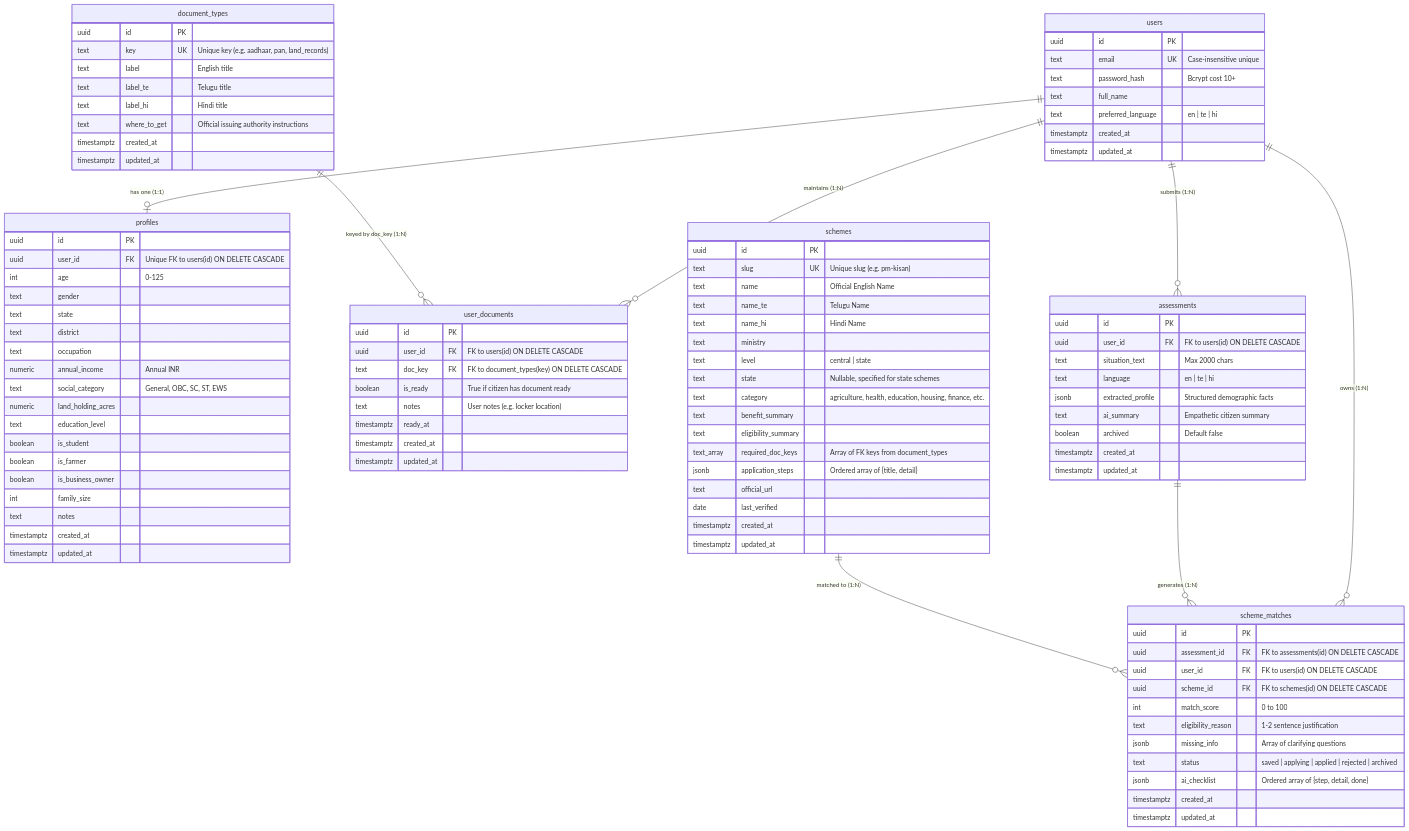
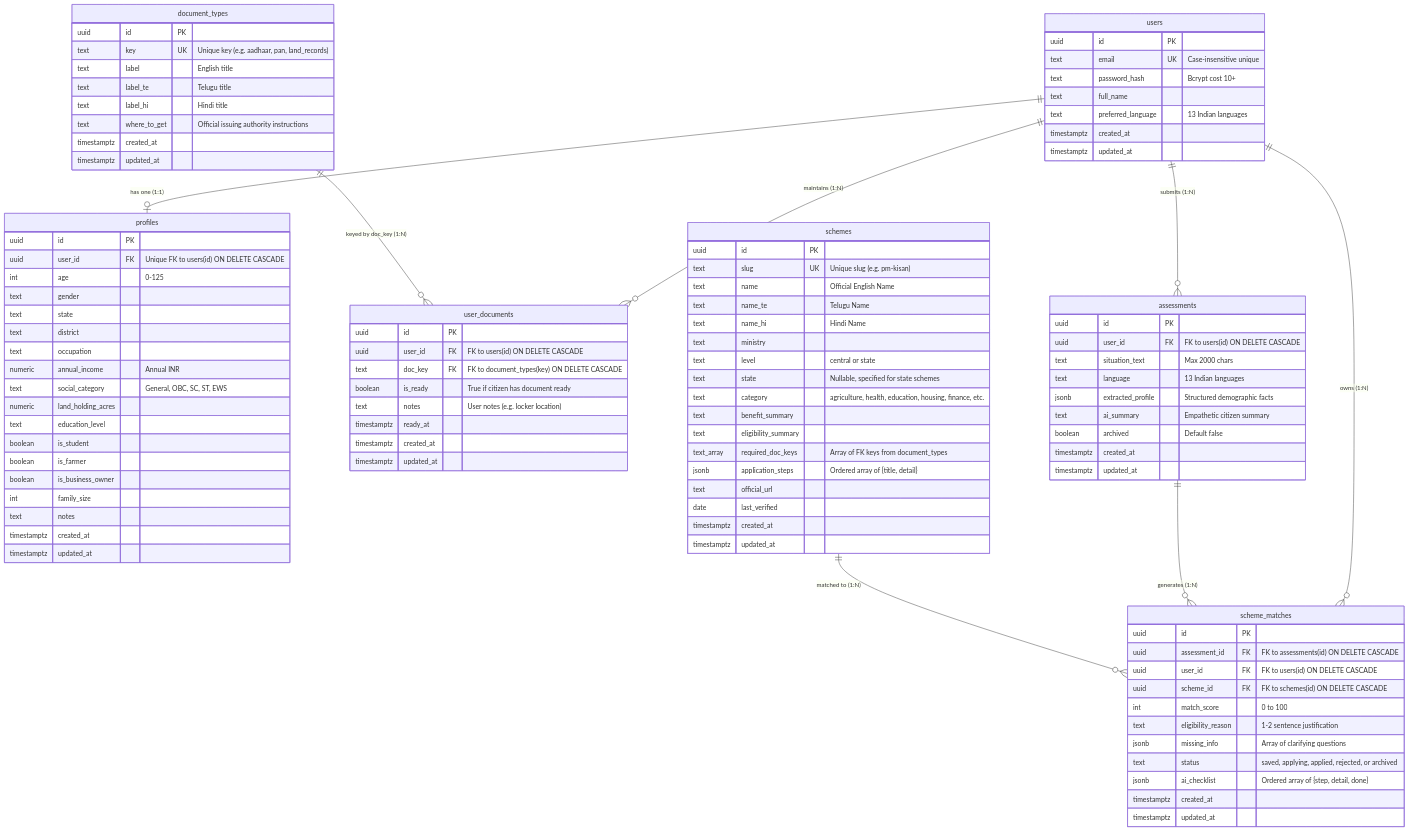
Before and after one commit to lakkireddysanjeevareddy8-ux/Policy-Pal: the second of 3 diagrams in docs/ARCHITECTURE.md, drawn with Mermaid. The commit also changed other lines of this file and 3 other files, not shown here.

Commit message:
docs: fix Mermaid diagrams, update language and catalog claims, add live demo links

```diff
--- a/docs/ARCHITECTURE.md
+++ b/docs/ARCHITECTURE.md
@@ -99,7 +106,7 @@
         text email UK "Case-insensitive unique"
         text password_hash "Bcrypt cost 10+"
         text full_name
-        text preferred_language "en | te | hi"
+        text preferred_language "13 Indian languages"
         timestamptz created_at
         timestamptz updated_at
     }
@@ -132,7 +139,7 @@
         text name_te "Telugu Name"
         text name_hi "Hindi Name"
         text ministry
-        text level "central | state"
+        text level "central or state"
         text state "Nullable, specified for state schemes"
         text category "agriculture, health, education, housing, finance, etc."
         text benefit_summary
@@ -171,7 +178,7 @@
         uuid id PK
         uuid user_id FK "FK to users(id) ON DELETE CASCADE"
         text situation_text "Max 2000 chars"
-        text language "en | te | hi"
+        text language "13 Indian languages"
         jsonb extracted_profile "Structured demographic facts"
         text ai_summary "Empathetic citizen summary"
         boolean archived "Default false"
@@ -187,7 +194,7 @@
         int match_score "0 to 100"
         text eligibility_reason "1-2 sentence justification"
         jsonb missing_info "Array of clarifying questions"
-        text status "saved | applying | applied | rejected | archived"
+        text status "saved, applying, applied, rejected, or archived"
         jsonb ai_checklist "Ordered array of {step, detail, done}"
         timestamptz created_at
         timestamptz updated_at
```
